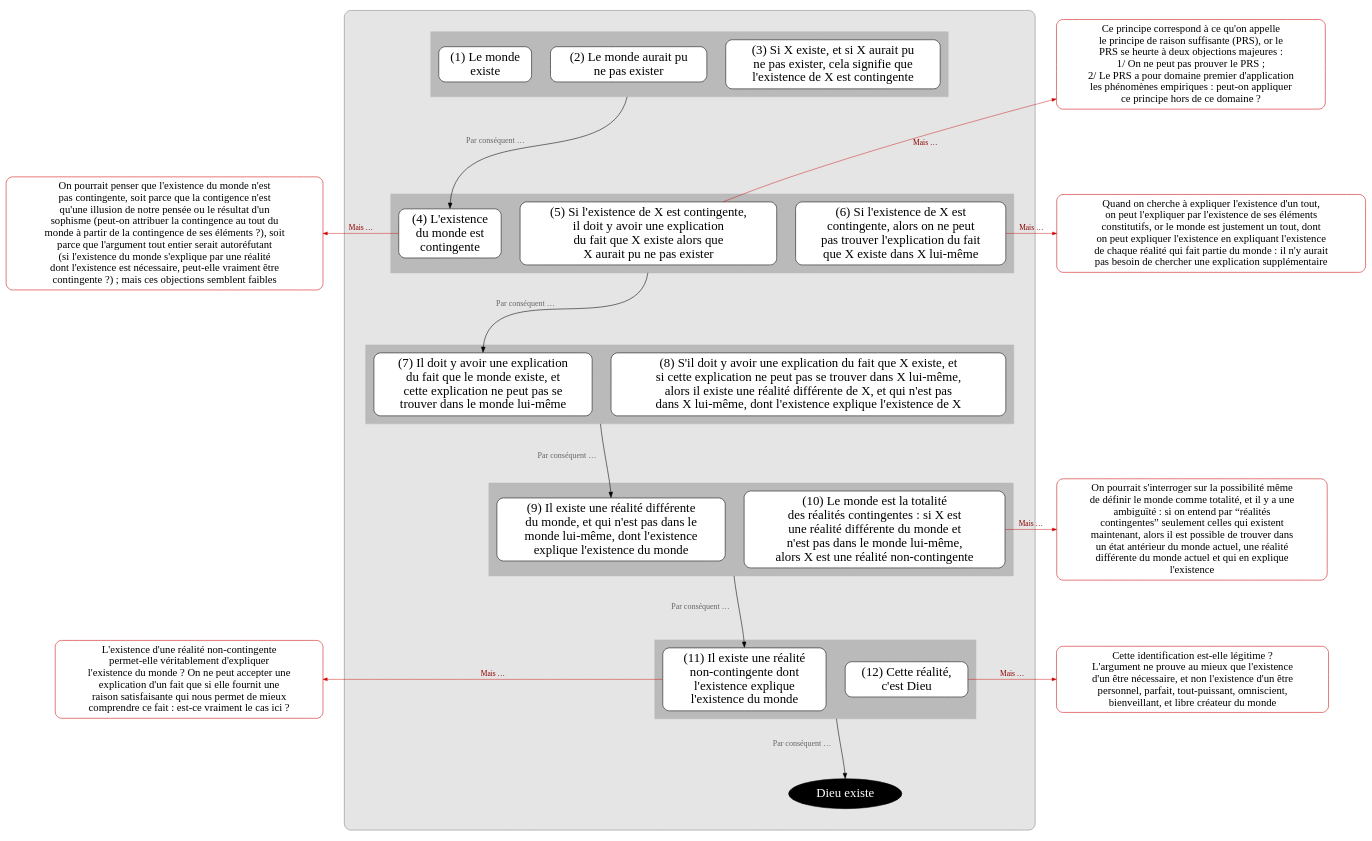
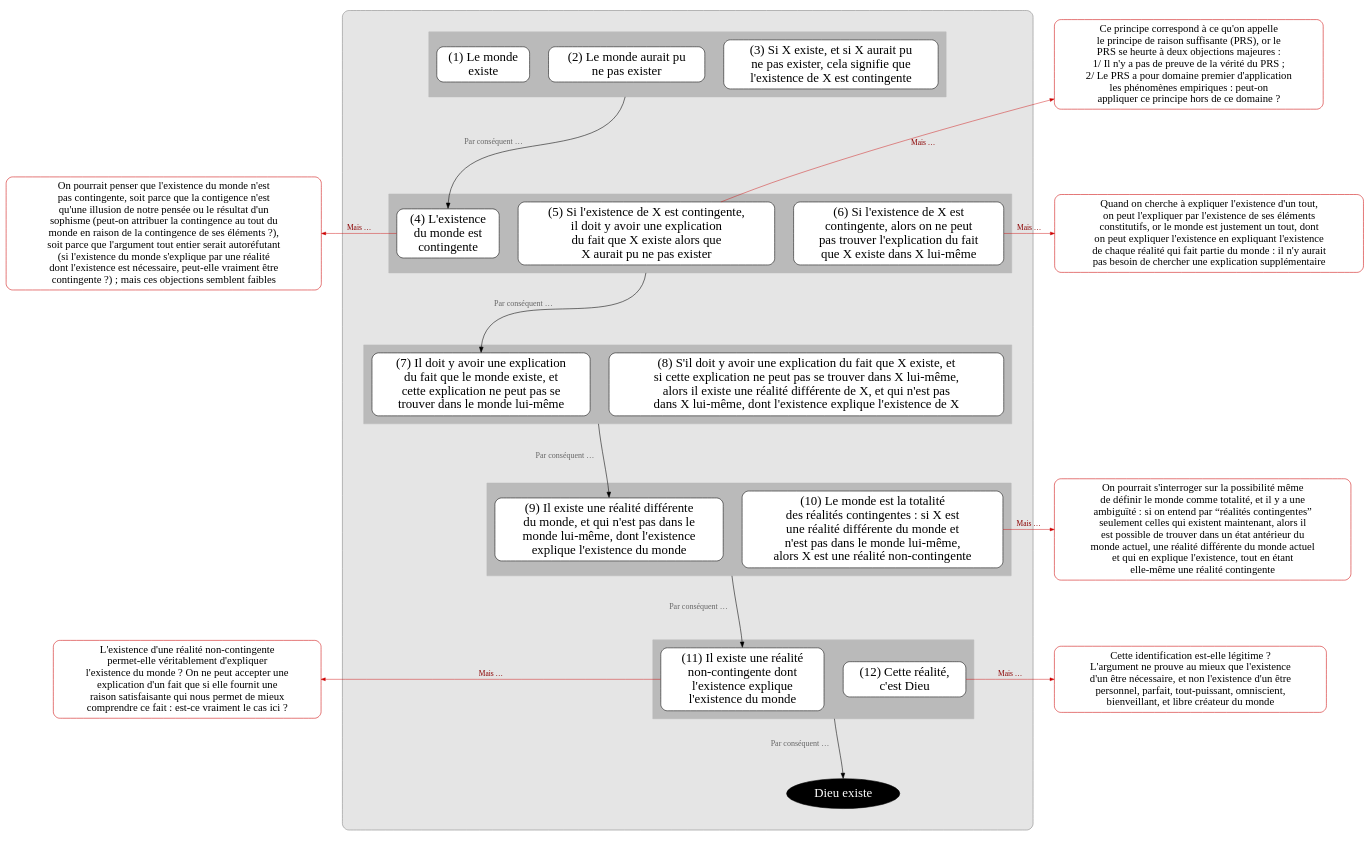
One commit to eyssette/graphviz-examples changed the diagram in argument/argument-cosmologique1.dot. Above: the diagram before and after it, drawn with Graphviz.

```diff
--- a/argument/argument-cosmologique1.dot
+++ b/argument/argument-cosmologique1.dot
@@ -1,189 +1,189 @@
 digraph G {
 splines=true
 newrank=true
 compound=true
 
 
 node[color=red3, style="rounded, filled", shape="box", fillcolor=white, penwidth=1, fontcolor=black, fontsize=20, margin=0.1]
 o1[label="On pourrait penser que l'existence du monde n'est
 pas contingente, soit parce que la contigence n'est
 qu'une illusion de notre pensée ou le résultat d'un
 sophisme (peut-on attribuer la contingence au tout du
-monde à partir de la contingence de ses éléments ?), soit
-parce que l'argument tout entier serait autoréfutant
+monde en raison de la contingence de ses éléments ?),
+soit parce que l'argument tout entier serait autoréfutant
 (si l'existence du monde s'explique par une réalité
 dont l'existence est nécessaire, peut-elle vraiment être
 contingente ?) ; mais ces objections semblent faibles"]
 
 o11[label="L'existence d'une réalité non-contingente
 permet-elle véritablement d'expliquer
 l'existence du monde ? On ne peut accepter une
 explication d'un fait que si elle fournit une
 raison satisfaisante qui nous permet de mieux
 comprendre ce fait : est-ce vraiment le cas ici ?"]
 
 node[shape=box, fillcolor=white, style="filled,rounded", color=black, fontsize=24, penwidth=1,fontcolor=black, margin=0.1]
 edge[minlen=2,color=red3, penwidth=0.8, arrowsize=0.8, label=" Mais …", fontcolor=red4,fontsize=14]
 {rank=same;o1->p4[dir=back]}
 {rank=same;o11->p11[dir=back]}
 
 
 subgraph cluster_0 {
 bgcolor=grey90
 style=rounded
 color=grey50
 margin=40
 
 
 
 node[shape=box, fillcolor=white, style="filled,rounded", color=black]
 edge[label="",xlabel="Par conséquent … ",fontcolor=grey40;fontsize=15,minlen=3,color=black,penwidth=1, arrowsize=1]
 
 
 
 subgraph cluster_1 {
 style="box"
 margin=15
 bgcolor=grey73
 color=grey73
 
 p1[label="(1) Le monde
 existe"]
 p2[label="(2) Le monde aurait pu
 ne pas exister"]
 p3[label="(3) Si X existe, et si X aurait pu
 ne pas exister, cela signifie que
 l'existence de X est contingente"]
 }
 
 
 {rank=same;p1->p2->p3[style=invis,xlabel="",minlen=1]}
 
 //p2:s->p3:n[ltail=cluster_1]
 //p2:w->p3:n[ltail=cluster_1]
 //p3[label="(3) Lemme 1"]
 
 p2:s->p4:n[ltail=cluster_1]
 
 subgraph cluster_2 {
 style="box"
 margin=15
 bgcolor=grey73
 color=grey73
 
 p4[label="(4) L'existence
 du monde est
 contingente"]
 
 p5[label="(5) Si l'existence de X est contingente,
 il doit y avoir une explication
 du fait que X existe alors que
 X aurait pu ne pas exister"]
 
 p6[label="(6) Si l'existence de X est
 contingente, alors on ne peut
 pas trouver l'explication du fait
 que X existe dans X lui-même"]
 }
 {rank=same;p4->p5->p6[style=invis,xlabel="",minlen=1]}
 
 p5:s->p7:n[ltail=cluster_2]
 
 
 subgraph cluster_3 {
 style="box"
 margin=15
 bgcolor=grey73
 color=grey73
 p7[label="(7) Il doit y avoir une explication
 du fait que le monde existe, et
 cette explication ne peut pas se
 trouver dans le monde lui-même"]
 
 p8[label="(8) S'il doit y avoir une explication du fait que X existe, et
 si cette explication ne peut pas se trouver dans X lui-même,
 alors il existe une réalité différente de X, et qui n'est pas
 dans X lui-même, dont l'existence explique l'existence de X"]
 }
 {rank=same;p7->p8[style=invis,xlabel="",minlen=1]}
 
 p8:w->p9:n[ltail=cluster_3]
 
 
 subgraph cluster_4 {
 style="box"
 margin=15
 bgcolor=grey73
 color=grey73
 p9[label="(9) Il existe une réalité différente
 du monde, et qui n'est pas dans le
 monde lui-même, dont l'existence
 explique l'existence du monde"]
 p10[label="(10) Le monde est la totalité
 des réalités contingentes : si X est
 une réalité différente du monde et
 n'est pas dans le monde lui-même,
 alors X est une réalité non-contingente"]
 }
 {rank=same;p9->p10[style=invis,xlabel="",minlen=1]}
 
 p10:w->p11:n[ltail=cluster_4]
 
 subgraph cluster_5 {
 style="box"
 margin=15
 bgcolor=grey73
 color=grey73
 p11[label="(11) Il existe une réalité
 non-contingente dont
 l'existence explique
 l'existence du monde"]
 p12[label="(12) Cette réalité,
 c'est Dieu"]
 }
 {rank=same;p11->p12[style=invis,xlabel="",minlen=1]}
 
 p12:w->C:n[ltail=cluster_5]
 
 C[label="Dieu existe",fillcolor=black, fontcolor=white, color=black, shape=ellipse]
 
 
 }
 
 node[color=red3, style="rounded, filled", shape="box", fillcolor=white, penwidth=1, fontcolor=black, fontsize=20, margin=0.1]
 o5[label="Ce principe correspond à ce qu'on appelle
 le principe de raison suffisante (PRS), or le
 PRS se heurte à deux objections majeures : 
-1/ On ne peut pas prouver le PRS ;
+1/ Il n'y a pas de preuve de la vérité du PRS ;
 2/ Le PRS a pour domaine premier d'application
-les phénomènes empiriques : peut-on appliquer
-ce principe hors de ce domaine ?"]
+les phénomènes empiriques : peut-on
+appliquer ce principe hors de ce domaine ?"]
 o5->p5[dir=back]
 {rank=same;p3->o5[style=invis]}
 o6[label="Quand on cherche à expliquer l'existence d'un tout,
 on peut l'expliquer par l'existence de ses éléments
 constitutifs, or le monde est justement un tout, dont
 on peut expliquer l'existence en expliquant l'existence
 de chaque réalité qui fait partie du monde : il n'y aurait
 pas besoin de chercher une explication supplémentaire"]
 {rank=same;p6->o6}
 
 o10[label="On pourrait s'interroger sur la possibilité même
 de définir le monde comme totalité, et il y a une
-ambiguïté : si on entend par “réalités
-contingentes” seulement celles qui existent
-maintenant, alors il est possible de trouver dans
-un état antérieur du monde actuel, une réalité
-différente du monde actuel et qui en explique
-l'existence"]
+ambiguïté : si on entend par “réalités contingentes”
+seulement celles qui existent maintenant, alors il
+est possible de trouver dans un état antérieur du
+monde actuel, une réalité différente du monde actuel
+et qui en explique l'existence, tout en étant
+elle-même une réalité contingente"]
 {rank=same;p10->o10}
 
 o12[label="Cette identification est-elle légitime ?
 L'argument ne prouve au mieux que l'existence
 d'un être nécessaire, et non l'existence d'un être
 personnel, parfait, tout-puissant, omniscient, 
 bienveillant, et libre créateur du monde"]
 {rank=same;p12->o12}
 
 
 }
```
